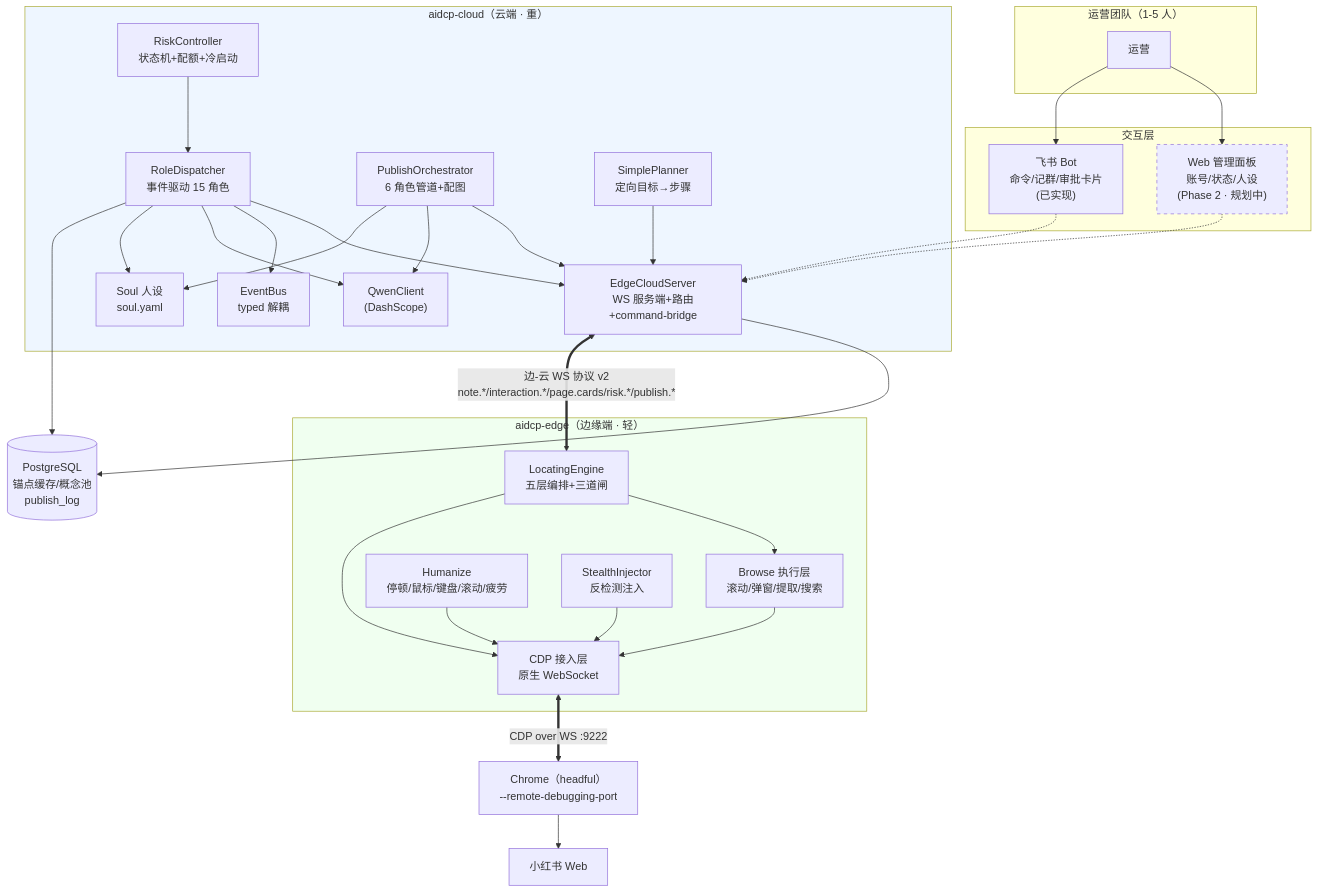
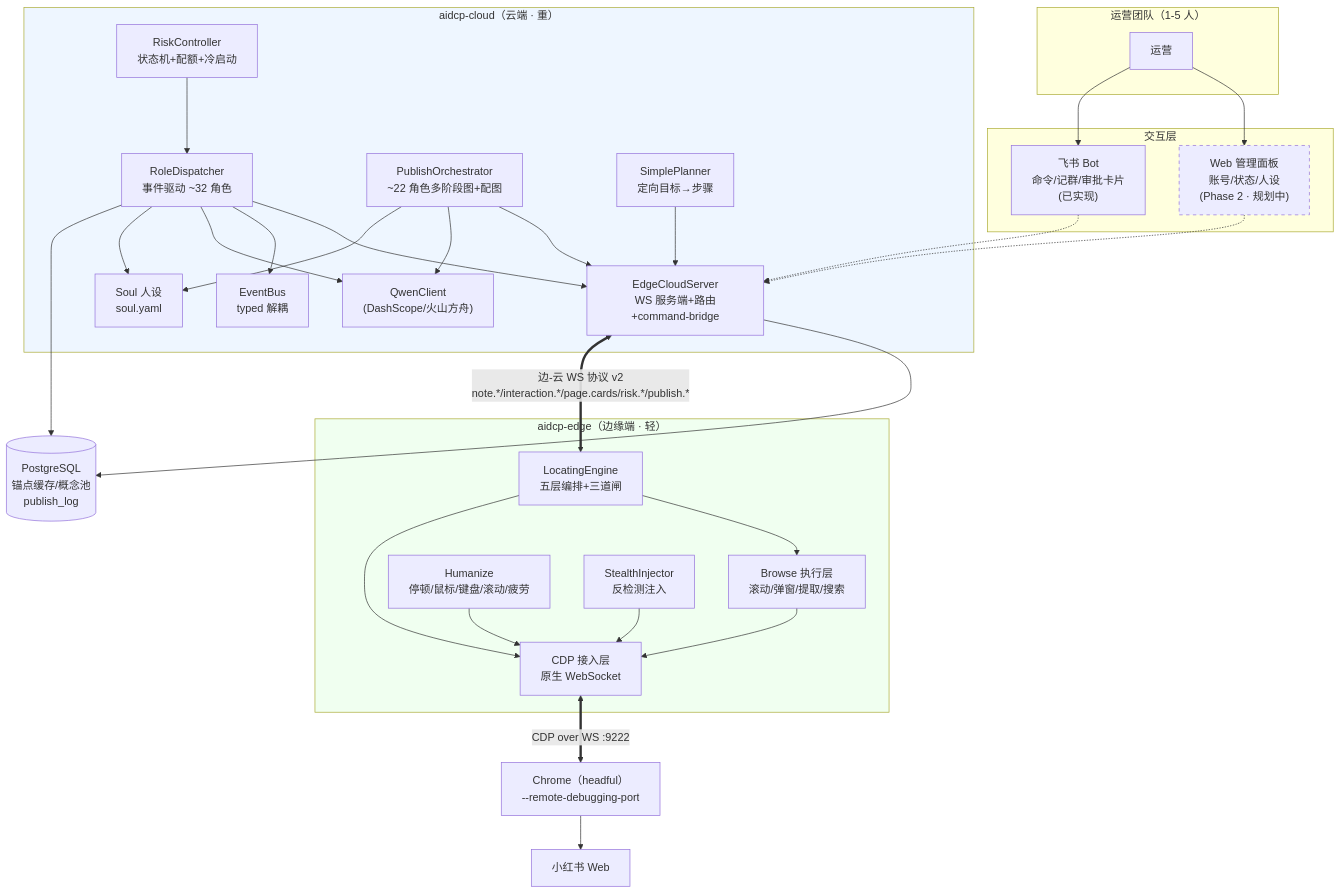
Before and after one commit to tommax-bai/aidcp: the third of 3 diagrams in docs/product-overview.md, drawn with Mermaid. The commit also changed other lines of this file and 10 other files, not shown here.

````diff
--- a/docs/product-overview.md
+++ b/docs/product-overview.md
@@ -225,66 +225,66 @@
 ```mermaid
 graph TB
     subgraph 人["运营团队（1-5 人）"]
         OP["运营"]
     end
 
     subgraph 交互["交互层"]
         WEB["Web 管理面板<br/>账号/状态/人设<br/>(Phase 2 · 规划中)"]
         FS["飞书 Bot<br/>命令/记群/审批卡片<br/>(已实现)"]
     end
 
     subgraph cloud["aidcp-cloud（云端 · 重）"]
-        DISP["RoleDispatcher<br/>事件驱动 15 角色"]
+        DISP["RoleDispatcher<br/>事件驱动 ~32 角色"]
         BUS["EventBus<br/>typed 解耦"]
-        PUB["PublishOrchestrator<br/>6 角色管道+配图"]
-        LLM["QwenClient<br/>(DashScope)"]
+        PUB["PublishOrchestrator<br/>~22 角色多阶段图+配图"]
+        LLM["QwenClient<br/>(DashScope/火山方舟)"]
         SOUL["Soul 人设<br/>soul.yaml"]
         WS["EdgeCloudServer<br/>WS 服务端+路由+command-bridge"]
         RISK["RiskController<br/>状态机+配额+冷启动"]
         PLAN["SimplePlanner<br/>定向目标→步骤"]
     end
 
     PG[("PostgreSQL<br/>锚点缓存/概念池<br/>publish_log")]
 
     subgraph edge["aidcp-edge（边缘端 · 轻）"]
         ENG["LocatingEngine<br/>五层编排+三道闸"]
         BROWSE["Browse 执行层<br/>滚动/弹窗/提取/搜索"]
         HUMAN["Humanize<br/>停顿/鼠标/键盘/滚动/疲劳"]
         STEALTH["StealthInjector<br/>反检测注入"]
         CDP["CDP 接入层<br/>原生 WebSocket"]
     end
 
     CHROME["Chrome（headful）<br/>--remote-debugging-port"]
     XHS["小红书 Web"]
 
     OP --> WEB
     OP --> FS
     WEB -.-> WS
     FS -.-> WS
 
     DISP --> WS
     PUB --> WS
     PLAN --> WS
     DISP --> BUS
     DISP --> LLM
     PUB --> LLM
     DISP --> SOUL
     PUB --> SOUL
     RISK --> DISP
     WS --> PG
     DISP --> PG
 
     WS <==>|"边-云 WS 协议 v2<br/>note.*/interaction.*/page.cards/risk.*/publish.*"| ENG
 
     ENG --> BROWSE
     ENG --> CDP
     BROWSE --> CDP
     HUMAN --> CDP
     STEALTH --> CDP
     CDP <==>|"CDP over WS :9222"| CHROME
     CHROME --> XHS
 
     style WEB stroke-dasharray: 5 5
     style cloud fill:#eef6ff
     style edge fill:#f0fff0
 ```
````
